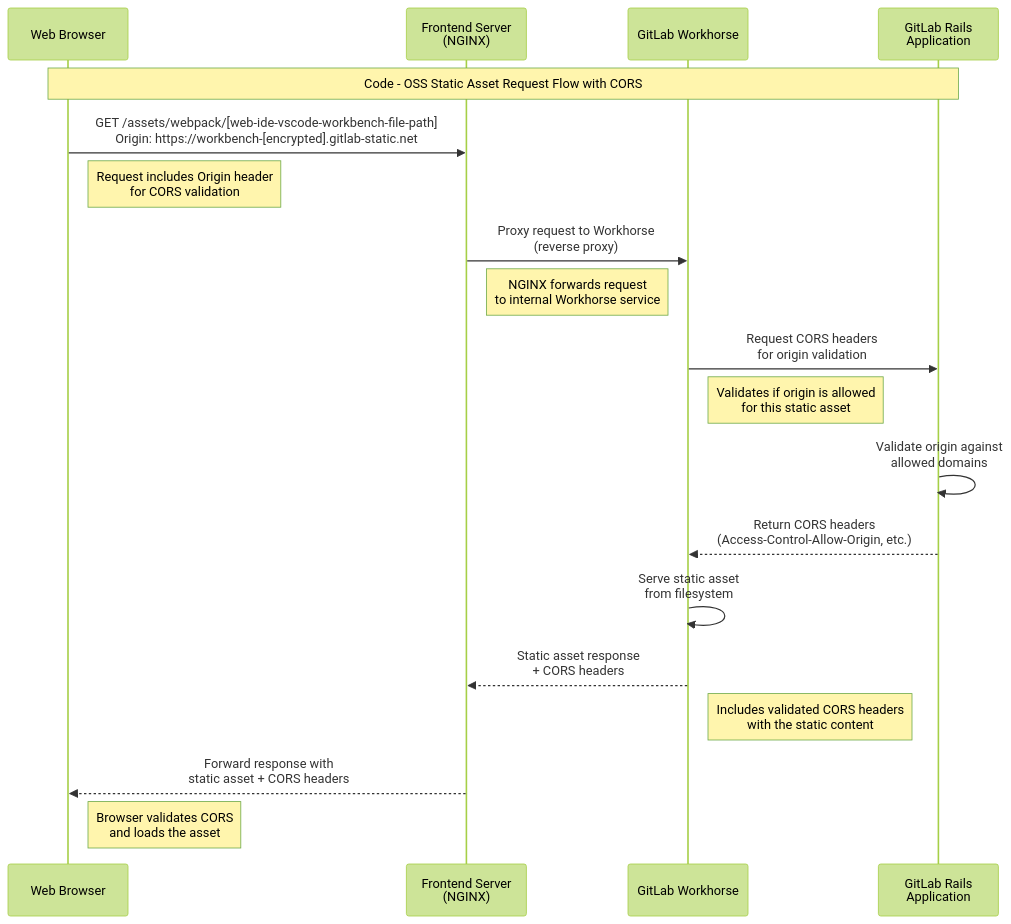
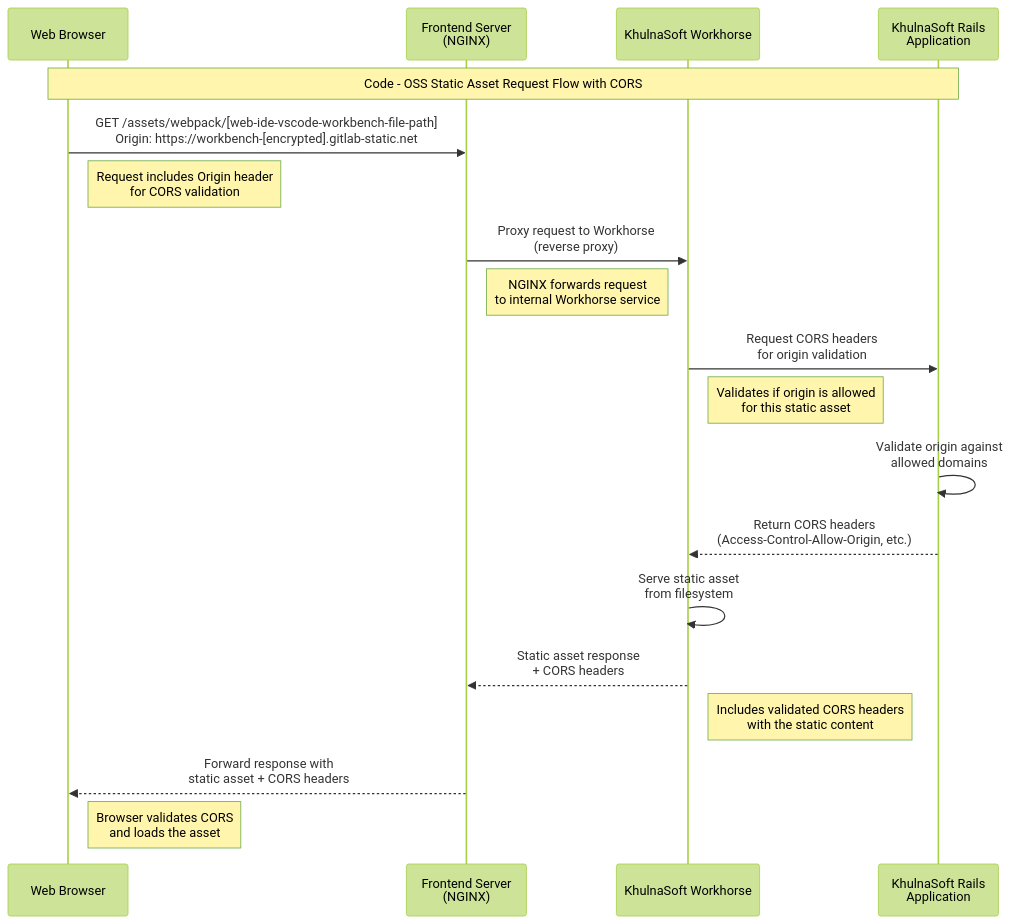
The second of 2 diagrams in docs/development/deployment.md (khulnasoft-bot/web-ide), drawn with Mermaid (forest theme) before and after one commit. The commit also changed other lines of this file and 41 other files, not shown here.

````diff
--- a/docs/development/deployment.md
+++ b/docs/development/deployment.md
@@ -114,29 +114,29 @@
 ```mermaid
 sequenceDiagram
     participant Browser as Web Browser
     participant Frontend as Frontend Server<br/>(NGINX)
-    participant Workhorse as GitLab Workhorse
-    participant Rails as GitLab Rails<br/>Application
+    participant Workhorse as KhulnaSoft Workhorse
+    participant Rails as KhulnaSoft Rails<br/>Application
 
     Note over Browser,Rails: Code - OSS Static Asset Request Flow with CORS
 
     Browser->>Frontend: GET /assets/webpack/[web-ide-vscode-workbench-file-path]<br/>Origin: https://workbench-[encrypted].gitlab-static.net
     Note right of Browser: Request includes Origin header<br/>for CORS validation
 
     Frontend->>Workhorse: Proxy request to Workhorse<br/>(reverse proxy)
     Note right of Frontend: NGINX forwards request<br/>to internal Workhorse service
 
     Workhorse->>Rails: Request CORS headers<br/>for origin validation
     Note right of Workhorse: Validates if origin is allowed<br/>for this static asset
 
     Rails->>Rails: Validate origin against<br/>allowed domains
     Rails-->>Workhorse: Return CORS headers<br/>(Access-Control-Allow-Origin, etc.)
 
     Workhorse->>Workhorse: Serve static asset<br/>from filesystem
 
     Workhorse-->>Frontend: Static asset response<br/>+ CORS headers
     Note right of Workhorse: Includes validated CORS headers<br/>with the static content
 
     Frontend-->>Browser: Forward response with<br/>static asset + CORS headers
     Note right of Browser: Browser validates CORS<br/>and loads the asset
 ```
````
